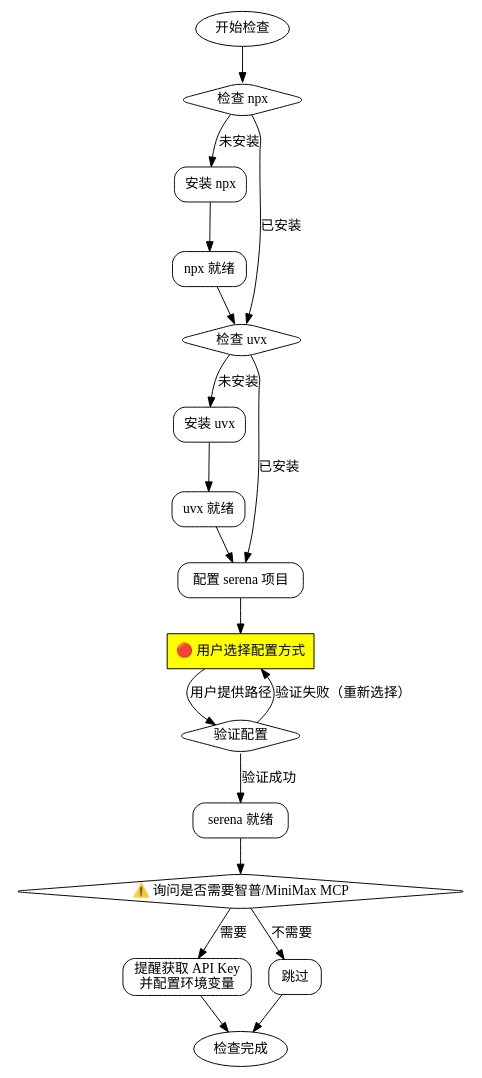
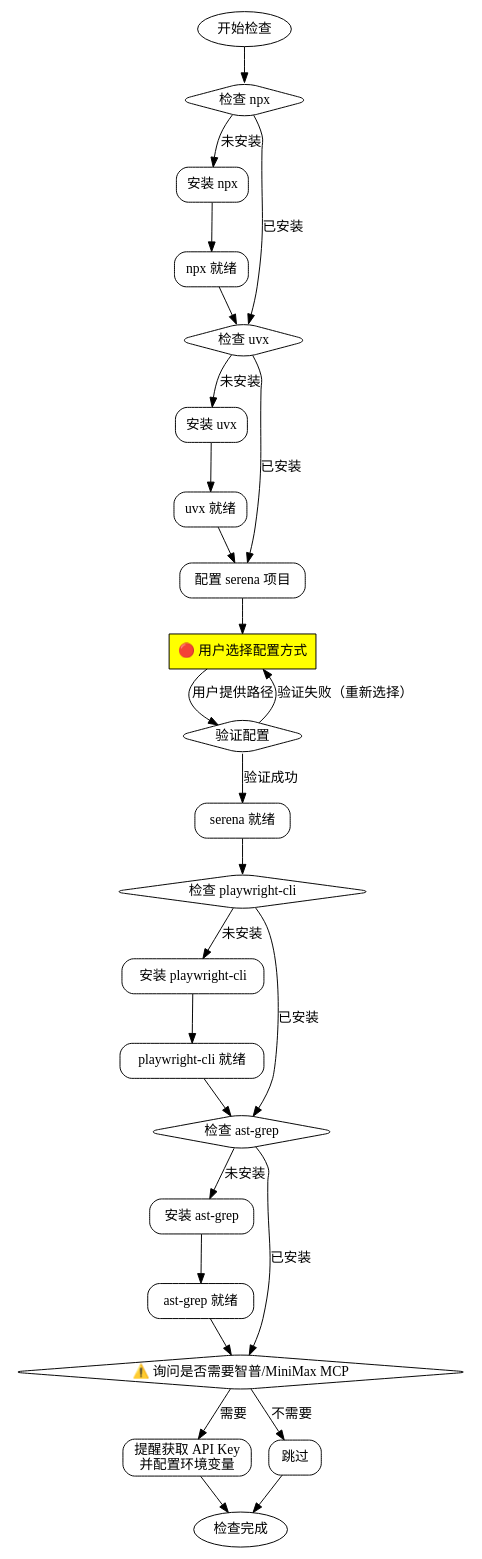
Before and after one commit to michaelChe956/Cadence-skills: the second of 2 diagrams in cadence-init/skills/pre-check/SKILL.md, drawn with Graphviz. The commit also changed other lines of this file and 6 other files, not shown here.

First line of the commit message:
feat: integrate ast-grep, add code-reading rule, and document incremental support (#62)

````diff
--- a/cadence-init/skills/pre-check/SKILL.md
+++ b/cadence-init/skills/pre-check/SKILL.md
@@ -47,53 +55,73 @@
 ```dot
 digraph check_flow {
     rankdir=TB;
     node [shape=box, style="rounded"];
 
     start [label="开始检查", shape=ellipse];
 
     // 步骤1
     check_npx [label="检查 npx", shape=diamond];
     install_npx [label="安装 npx"];
     npx_done [label="npx 就绪"];
 
     // 步骤2
     check_uvx [label="检查 uvx", shape=diamond];
     install_uvx [label="安装 uvx"];
     uvx_done [label="uvx 就绪"];
 
     // 步骤3
     check_serena [label="配置 serena 项目"];
     user_choice [label="🔴 用户选择配置方式", shape=box, style=filled, fillcolor=yellow];
     validate_serena [label="验证配置", shape=diamond];
     serena_found [label="serena 就绪"];
 
-    // 步骤4（可选）
+    // 步骤4
+    check_playwright [label="检查 playwright-cli", shape=diamond];
+    install_playwright [label="安装 playwright-cli"];
+    playwright_done [label="playwright-cli 就绪"];
+
+    // 步骤5
+    check_ast_grep [label="检查 ast-grep", shape=diamond];
+    install_ast_grep [label="安装 ast-grep"];
+    ast_grep_done [label="ast-grep 就绪"];
+
+    // 步骤6（可选）
     ask_apikey [label="⚠️ 询问是否需要智普/MiniMax MCP", shape=diamond];
     remind_apikey [label="提醒获取 API Key\n并配置环境变量"];
     skip_apikey [label="跳过"];
 
     end [label="检查完成", shape=ellipse];
 
     start -> check_npx;
     check_npx -> install_npx [label="未安装"];
     check_npx -> check_uvx [label="已安装"];
     install_npx -> npx_done;
     npx_done -> check_uvx;
 
     check_uvx -> install_uvx [label="未安装"];
     check_uvx -> check_serena [label="已安装"];
     install_uvx -> uvx_done;
     uvx_done -> check_serena;
 
     check_serena -> user_choice;
     user_choice -> validate_serena [label="用户提供路径"];
     validate_serena -> serena_found [label="验证成功"];
     validate_serena -> user_choice [label="验证失败（重新选择）"];
 
-    serena_found -> ask_apikey;
+    serena_found -> check_playwright;
+    check_playwright -> install_playwright [label="未安装"];
+    check_playwright -> check_ast_grep [label="已安装"];
+    install_playwright -> playwright_done;
+    playwright_done -> check_ast_grep;
+
+    check_ast_grep -> install_ast_grep [label="未安装"];
+    check_ast_grep -> ask_apikey [label="已安装"];
+    install_ast_grep -> ast_grep_done;
+    ast_grep_done -> ask_apikey;
+
     ask_apikey -> remind_apikey [label="需要"];
     ask_apikey -> skip_apikey [label="不需要"];
     remind_apikey -> end;
     skip_apikey -> end;
 }
 ```
````
